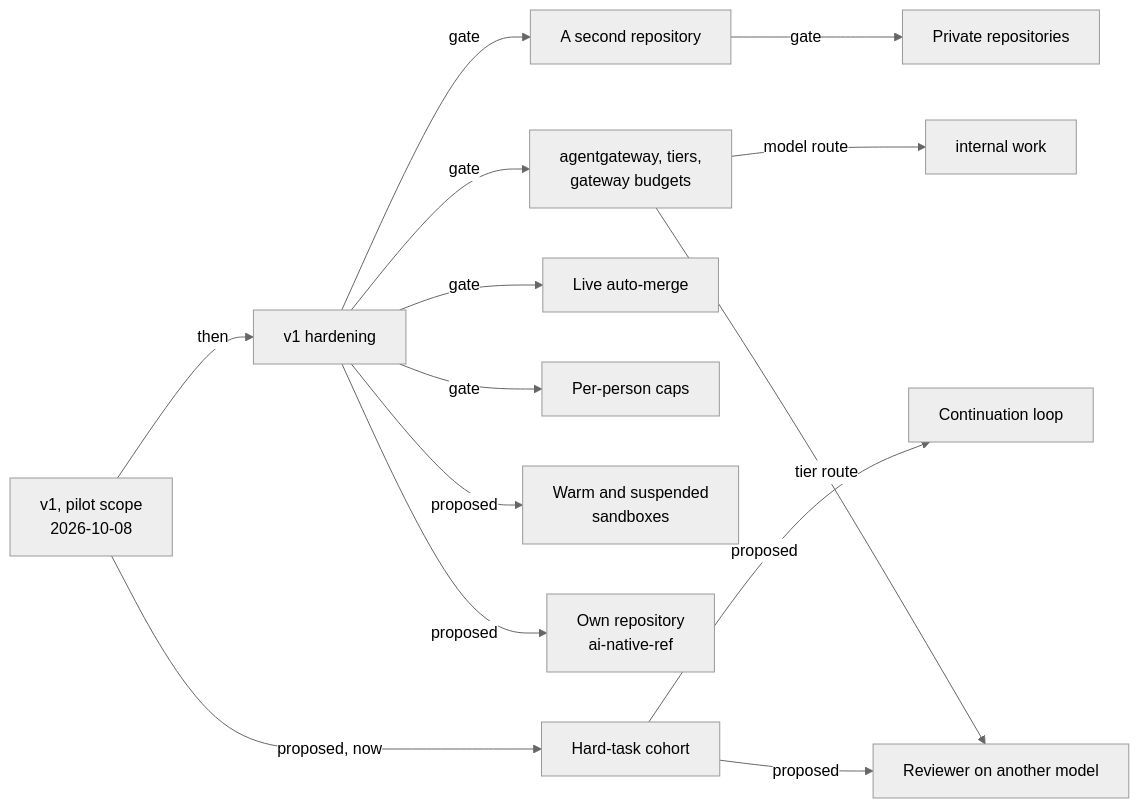
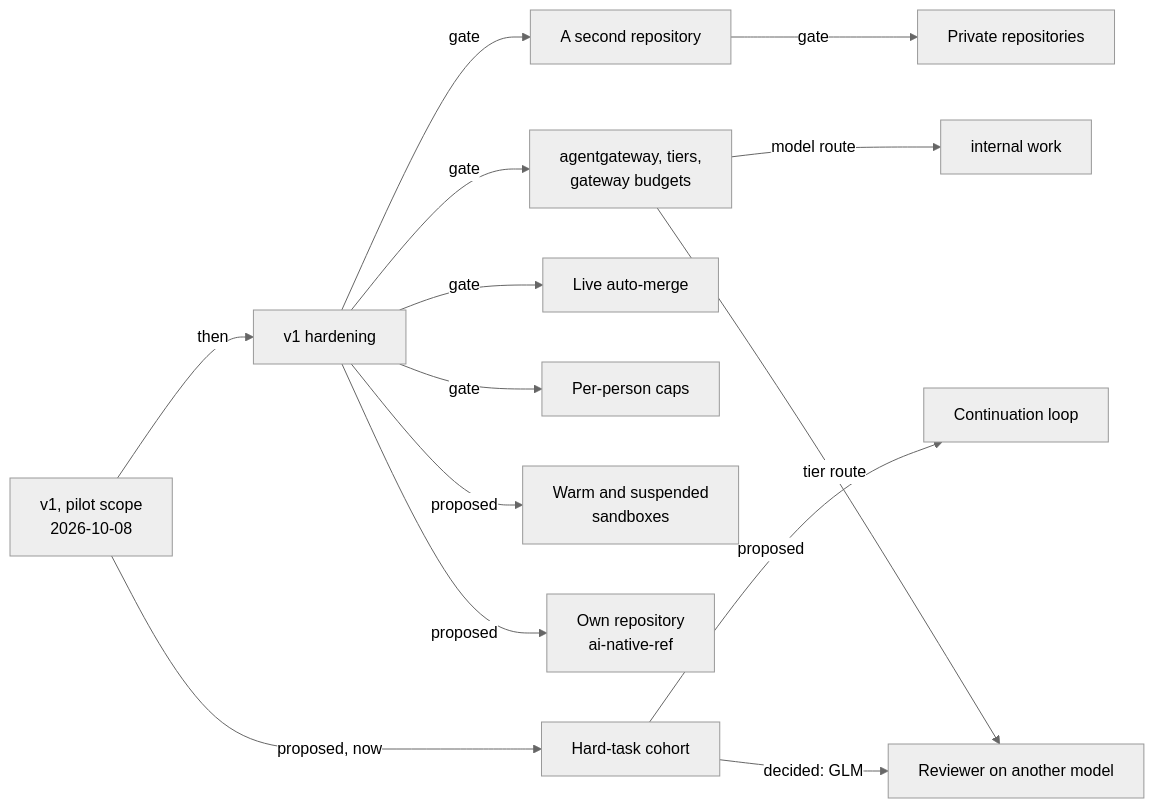
Before and after one commit to Smana/ai-native-ref: the diagram in website/content/docs/platform/ai-platform/status.md, drawn with Mermaid (neutral theme). The commit also changed other lines of this file and 2 other files, not shown here.

First line of the commit message:
docs(decisions): accept ADR-0058, the reviewer keeps GLM

````diff
--- a/website/content/docs/platform/ai-platform/status.md
+++ b/website/content/docs/platform/ai-platform/status.md
@@ -239,16 +239,16 @@
 ```mermaid
 flowchart LR
   v1["v1, pilot scope<br/>2026-10-08"] -->|then| hard["v1 hardening"]
   hard -->|gate| repo["A second repository"]
   repo -->|gate| priv["Private repositories"]
   hard -->|gate| gw["agentgateway, tiers,<br/>gateway budgets"]
   gw -->|model route| internal["internal work"]
   hard -->|gate| merge["Live auto-merge"]
   hard -->|gate| caps["Per-person caps"]
   v1 -->|proposed, now| cohort["Hard-task cohort"]
   cohort -->|proposed| loop["Continuation loop"]
-  cohort -->|proposed| rev["Reviewer on another model"]
+  cohort -->|decided: GLM| rev["Reviewer on another model"]
   gw -->|tier route| rev
   hard -->|proposed| warm["Warm and suspended<br/>sandboxes"]
   hard -->|proposed| split["Own repository<br/>ai-native-ref"]
 ```
````
